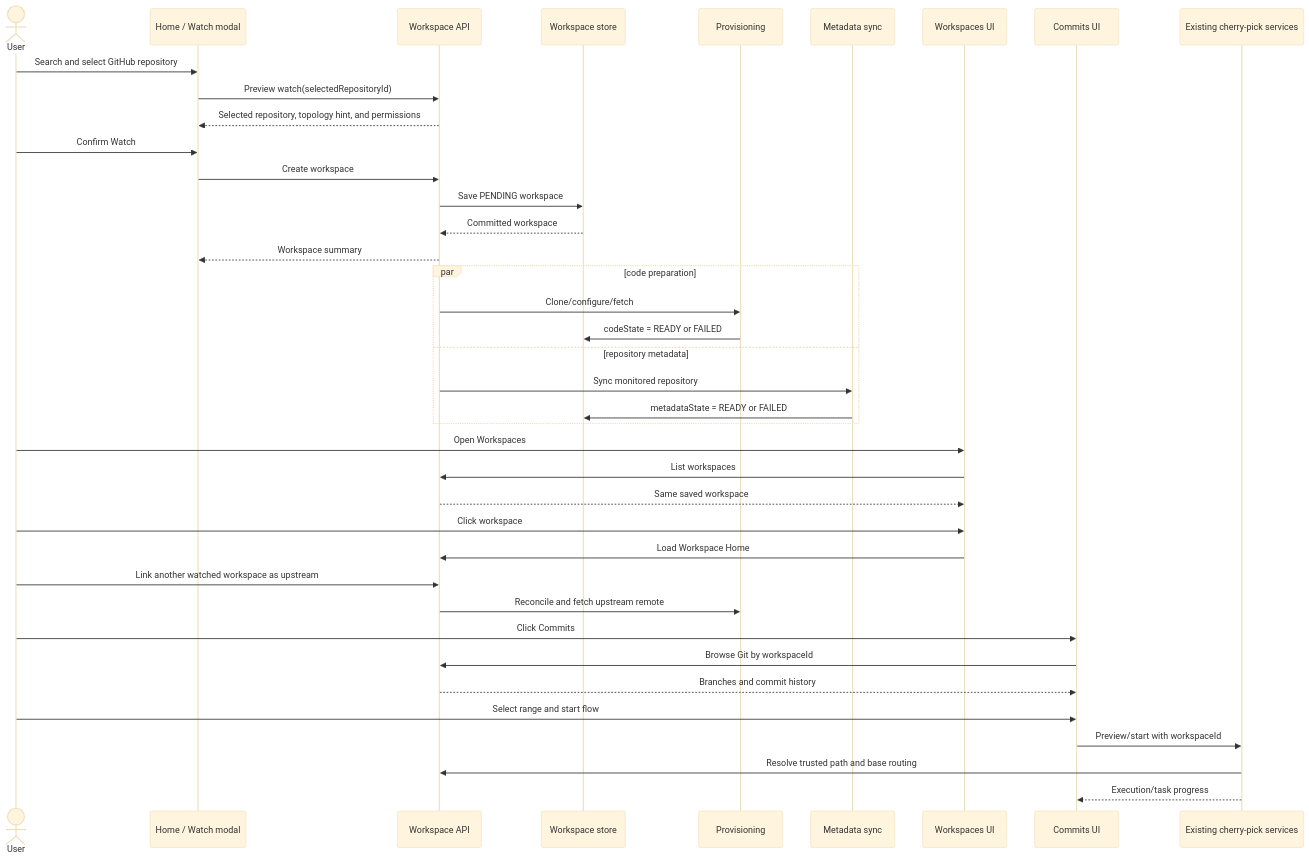
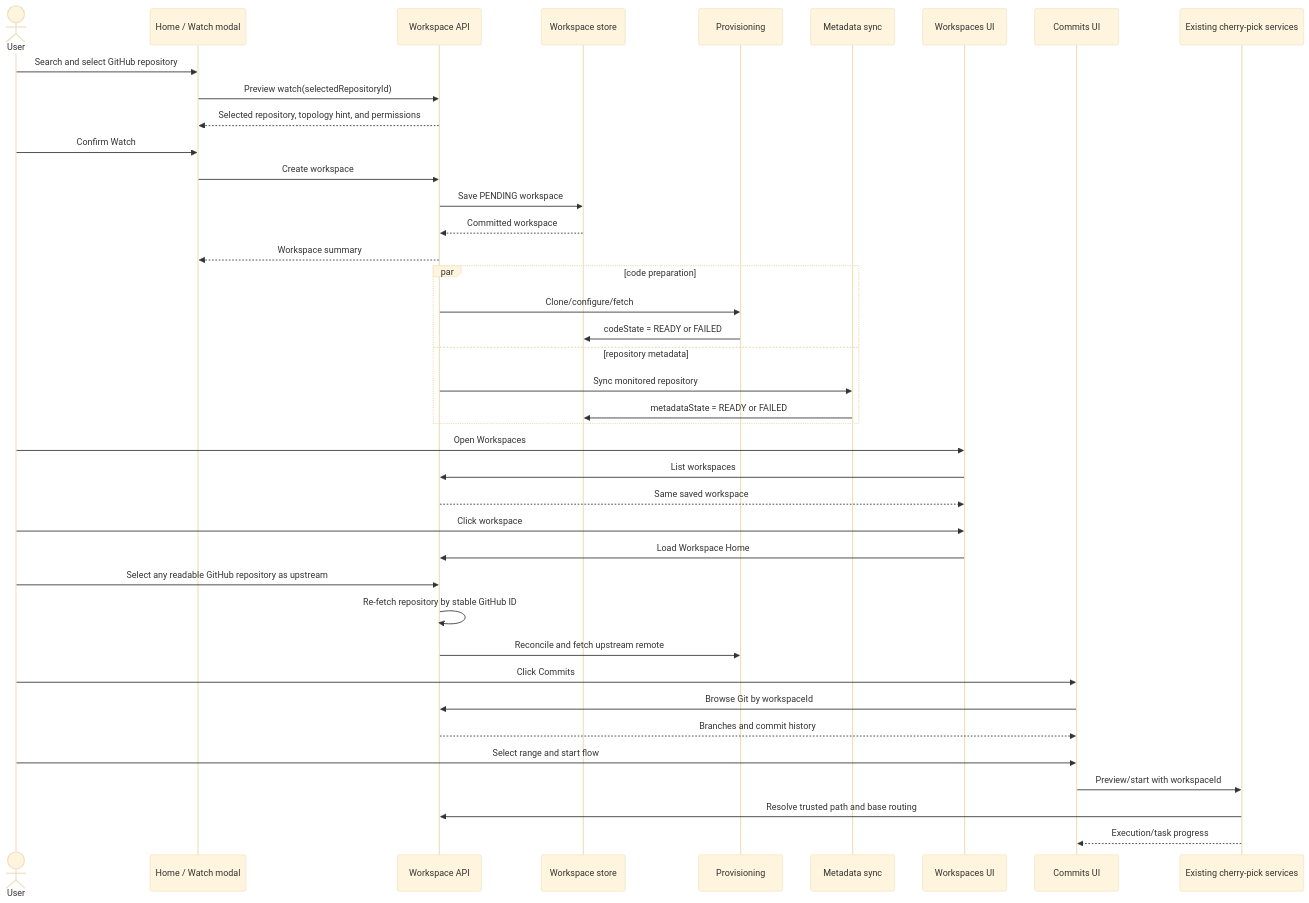
One commit to bytequay/bytequay changed the diagram in docs/design/watched-repo.md. Above: the diagram before and after it, drawn with Mermaid (base theme). The commit also changed other lines of this file and 38 other files, not shown here.

Commit message:
Allow any readable repository as upstream

````diff
--- a/docs/design/watched-repo.md
+++ b/docs/design/watched-repo.md
@@ -707,42 +719,43 @@
 ```mermaid
 sequenceDiagram
     actor User
     participant Home as Home / Watch modal
     participant API as Workspace API
     participant DB as Workspace store
     participant Provision as Provisioning
     participant Metadata as Metadata sync
     participant Workspaces as Workspaces UI
     participant Commits as Commits UI
     participant CherryPick as Existing cherry-pick services
 
     User->>Home: Search and select GitHub repository
     Home->>API: Preview watch(selectedRepositoryId)
     API-->>Home: Selected repository, topology hint, and permissions
     User->>Home: Confirm Watch
     Home->>API: Create workspace
     API->>DB: Save PENDING workspace
     DB-->>API: Committed workspace
     API-->>Home: Workspace summary
     par code preparation
         API->>Provision: Clone/configure/fetch
         Provision->>DB: codeState = READY or FAILED
     and repository metadata
         API->>Metadata: Sync monitored repository
         Metadata->>DB: metadataState = READY or FAILED
     end
     User->>Workspaces: Open Workspaces
     Workspaces->>API: List workspaces
     API-->>Workspaces: Same saved workspace
     User->>Workspaces: Click workspace
     Workspaces->>API: Load Workspace Home
-    User->>API: Link another watched workspace as upstream
+    User->>API: Select any readable GitHub repository as upstream
+    API->>API: Re-fetch repository by stable GitHub ID
     API->>Provision: Reconcile and fetch upstream remote
     User->>Commits: Click Commits
     Commits->>API: Browse Git by workspaceId
     API-->>Commits: Branches and commit history
     User->>Commits: Select range and start flow
     Commits->>CherryPick: Preview/start with workspaceId
     CherryPick->>API: Resolve trusted path and base routing
     CherryPick-->>Commits: Execution/task progress
 ```
````
